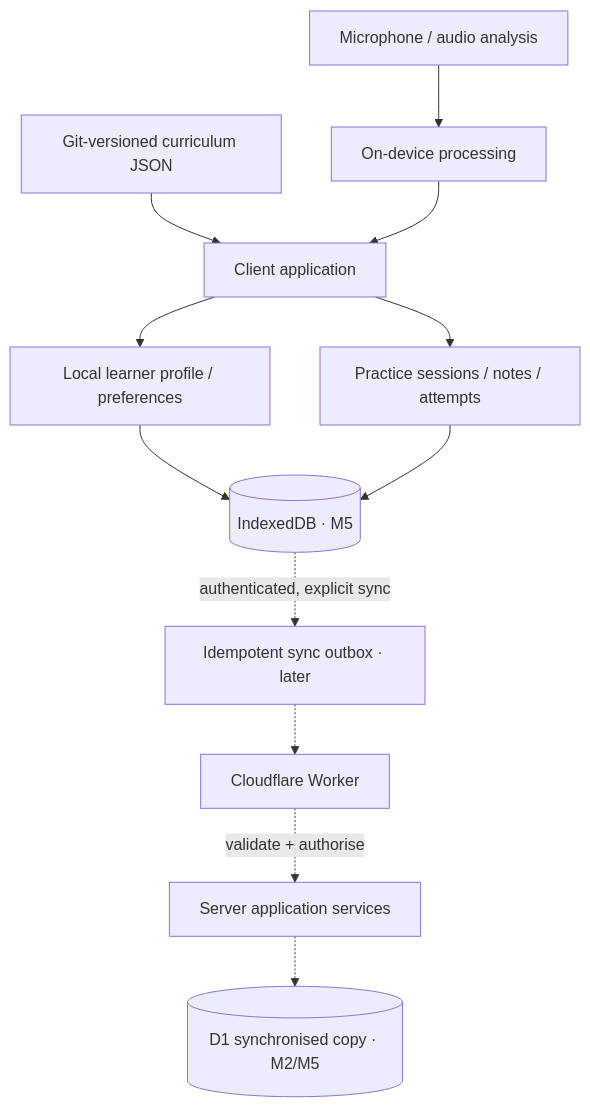
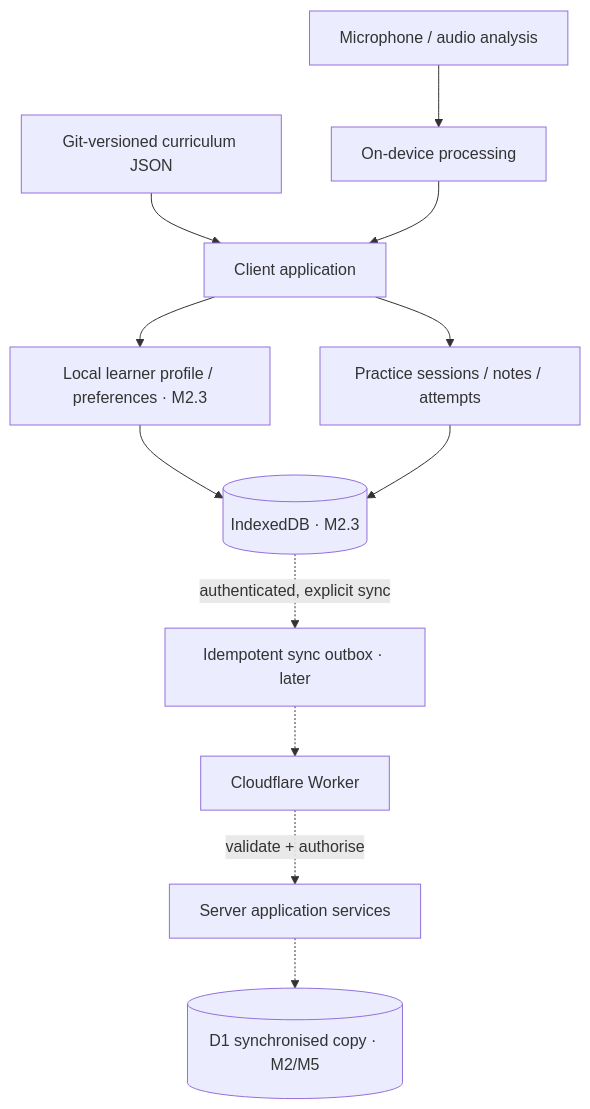
Before and after one commit to leenusdarnal/guitarlab: the third of 7 diagrams in docs/DIAGRAMS.md, drawn with Mermaid. The commit also changed other lines of this file, not shown here.

Commit message:
docs(m2.3): align architecture diagrams with local persistence milestone

````diff
--- a/docs/DIAGRAMS.md
+++ b/docs/DIAGRAMS.md
@@ -66,14 +66,14 @@
 ```mermaid
 flowchart TB
   curriculum["Git-versioned curriculum JSON"] --> browser["Client application"]
-  browser --> local["Local learner profile / preferences"]
+  browser --> local["Local learner profile / preferences · M2.3"]
   browser --> practice["Practice sessions / notes / attempts"]
-  local --> storage[("IndexedDB · M5")]
+  local --> storage[("IndexedDB · M2.3")]
   practice --> storage
   storage -. "authenticated, explicit sync" .-> outbox["Idempotent sync outbox · later"]
   outbox -.-> worker["Cloudflare Worker"]
   worker -. "validate + authorise" .-> server["Server application services"]
   server -.-> d1[("D1 synchronised copy · M2/M5")]
   private["Microphone / audio analysis"] --> localAudio["On-device processing"]
   localAudio --> browser
 ```
````
